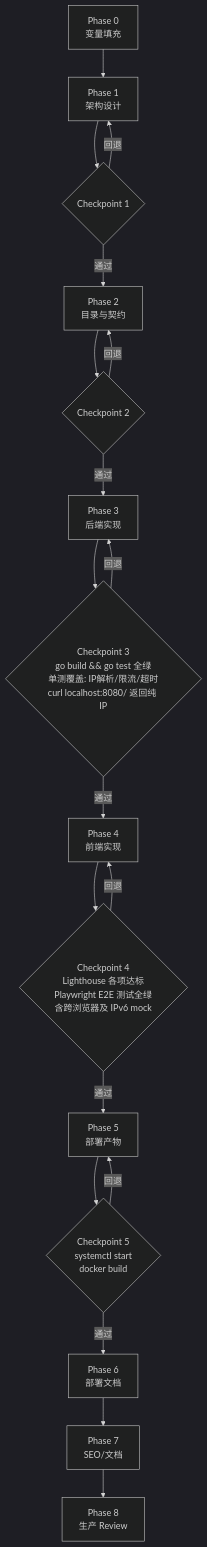
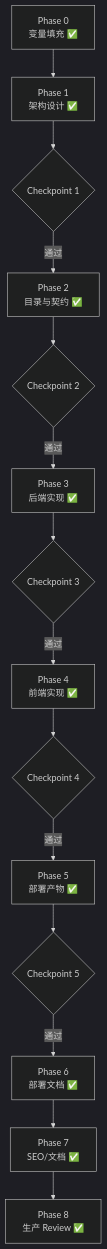
The fourth of 4 diagrams in PROMPT.md (Alusss/ip_lookup), drawn with Mermaid (dark theme) before and after one commit. The commit also changed other lines of this file and 60 other files, not shown here.

````diff
--- a/PROMPT.md
+++ b/PROMPT.md
@@ -471,20 +378,15 @@
 ```mermaid
 flowchart TD
-    P0["Phase 0<br/>变量填充"] --> P1
-    P1["Phase 1<br/>架构设计"] --> CK1{Checkpoint 1}
+    P0["Phase 0<br/>变量填充 ✅"] --> P1
+    P1["Phase 1<br/>架构设计 ✅"] --> CK1{Checkpoint 1}
     CK1 -->|通过| P2
-    CK1 -->|回退| P1
-    P2["Phase 2<br/>目录与契约"] --> CK2{Checkpoint 2}
+    P2["Phase 2<br/>目录与契约 ✅"] --> CK2{Checkpoint 2}
     CK2 -->|通过| P3
-    CK2 -->|回退| P2
-    P3["Phase 3<br/>后端实现"] --> CK3{"Checkpoint 3<br/>go build && go test 全绿<br/>单测覆盖: IP解析/限流/超时<br/>curl localhost:8080/ 返回纯 IP"}
+    P3["Phase 3<br/>后端实现 ✅"] --> CK3{Checkpoint 3}
     CK3 -->|通过| P4
-    CK3 -->|回退| P3
-    P4["Phase 4<br/>前端实现"] --> CK4{"Checkpoint 4<br/>Lighthouse 各项达标<br/>Playwright E2E 测试全绿<br/>含跨浏览器及 IPv6 mock"}
+    P4["Phase 4<br/>前端实现 ✅"] --> CK4{Checkpoint 4}
     CK4 -->|通过| P5
-    CK4 -->|回退| P4
-    P5["Phase 5<br/>部署产物"] --> CK5{"Checkpoint 5<br/>systemctl start<br/>docker build"}
+    P5["Phase 5<br/>部署产物 ✅"] --> CK5{Checkpoint 5}
     CK5 -->|通过| P6
-    CK5 -->|回退| P5
-    P6["Phase 6<br/>部署文档"] --> P7["Phase 7<br/>SEO/文档"] --> P8["Phase 8<br/>生产 Review"]
+    P6["Phase 6<br/>部署文档 ✅"] --> P7["Phase 7<br/>SEO/文档 ✅"] --> P8["Phase 8<br/>生产 Review ✅"]
 ```
````
